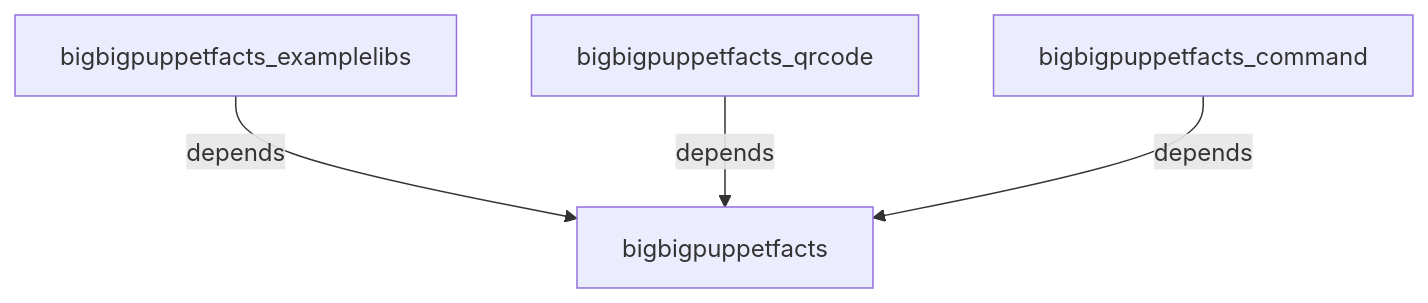
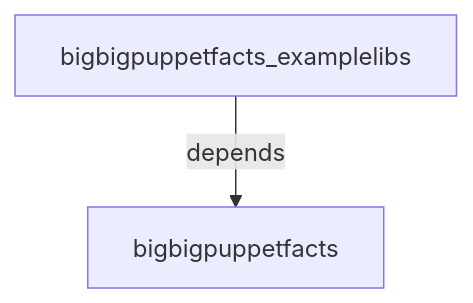
One commit to sooyean-hoo/bigbigpuppetfacts_examplelibs changed the diagram in README.md. Above: the diagram before and after it, drawn with Mermaid. The commit also changed other lines of this file, not shown here.

````diff
--- a/README.md
+++ b/README.md
@@ -59,6 +50,4 @@
 ```mermaid
   graph TD;
       bigbigpuppetfacts_examplelibs--depends-->bigbigpuppetfacts;
-      bigbigpuppetfacts_qrcode--depends-->bigbigpuppetfacts;
-      bigbigpuppetfacts_command--depends-->bigbigpuppetfacts;
 ```
````
